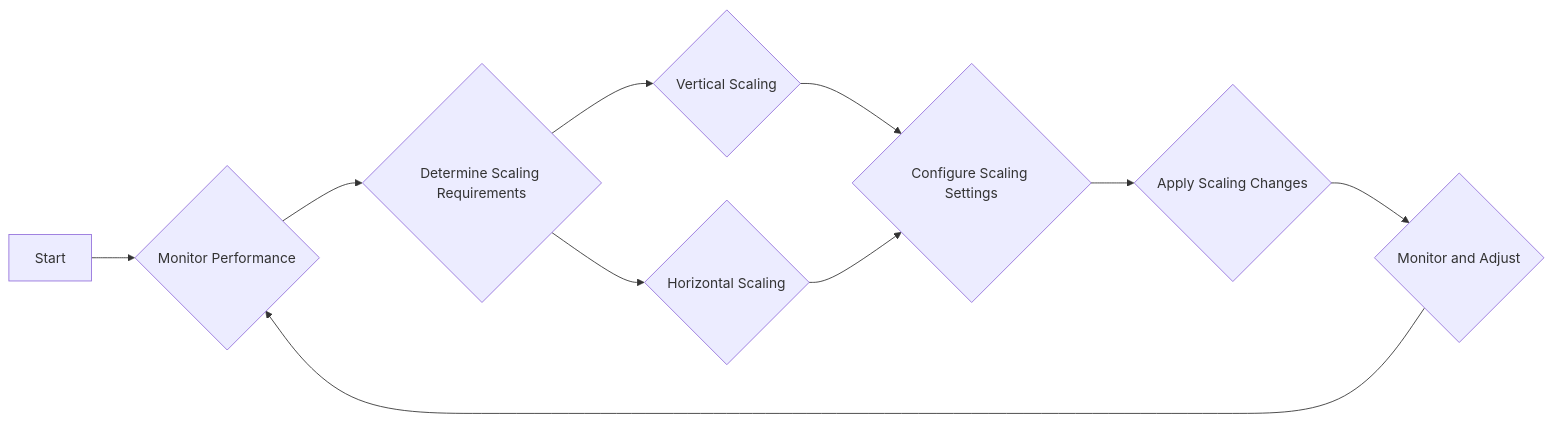
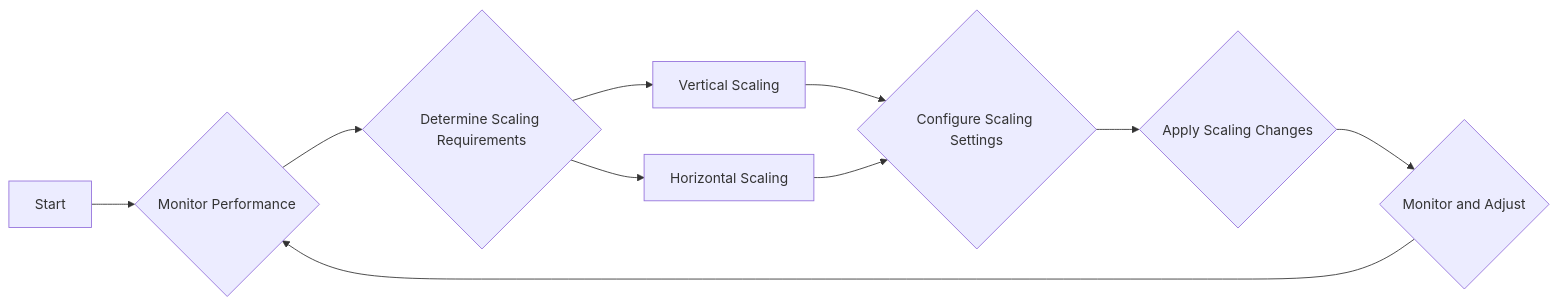
The diagram in README.md (githubdrk/pwsh), drawn with Mermaid before and after one commit.

````diff
--- a/README.md
+++ b/README.md
@@ -1,12 +1,12 @@
 ```mermaid
 flowchart LR
     A[Start] --> B{Monitor Performance}
     B --> C{Determine Scaling Requirements}
-    C --> D{Vertical Scaling}
-    C --> E{Horizontal Scaling}
+    C --> D[Vertical Scaling]
+    C --> E[Horizontal Scaling]
     D --> F{Configure Scaling Settings}
     E --> F
     F --> G{Apply Scaling Changes}
     G --> H{Monitor and Adjust}
     H --> B
 ```
````
